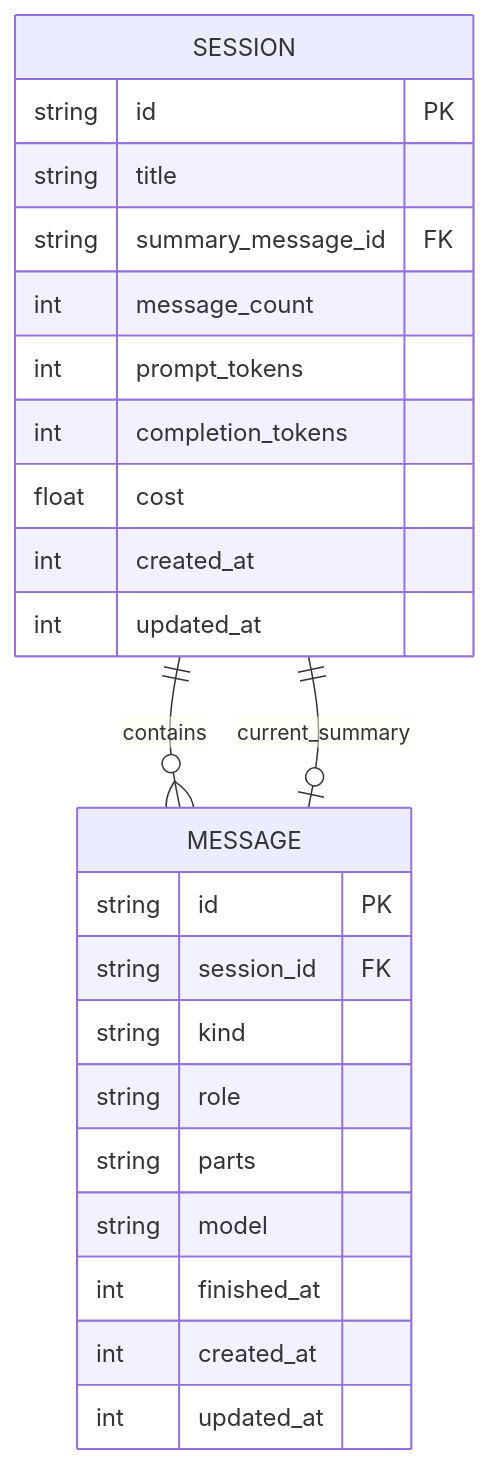
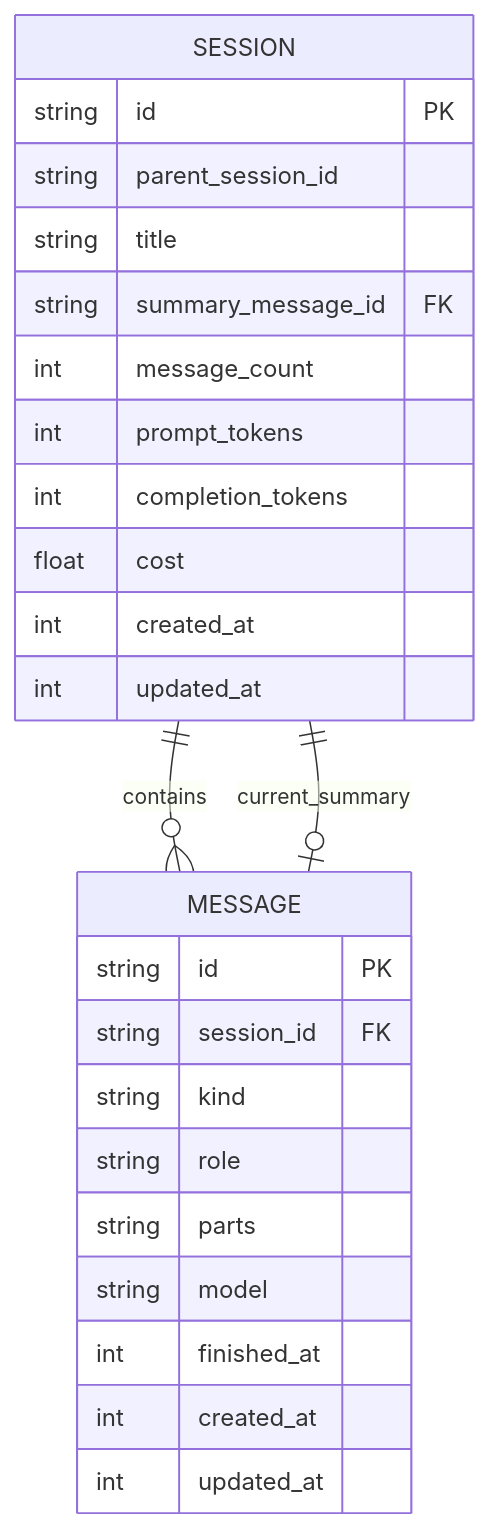
The fourth of 8 diagrams in docs/agent-current-issues.md (fengxiaozi-liu/AgentSdk), drawn with Mermaid before and after one commit. The commit also changed other lines of this file and 1 other file, not shown here.

````diff
--- a/docs/agent-current-issues.md
+++ b/docs/agent-current-issues.md
@@ -112,29 +136,30 @@
 ```mermaid
 erDiagram
     SESSION ||--o{ MESSAGE : contains
     SESSION ||--o| MESSAGE : current_summary
 
     SESSION {
         string id PK
+        string parent_session_id
         string title
         string summary_message_id FK
         int message_count
         int prompt_tokens
         int completion_tokens
         float cost
         int created_at
         int updated_at
     }
 
     MESSAGE {
         string id PK
         string session_id FK
         string kind
         string role
         string parts
         string model
         int finished_at
         int created_at
         int updated_at
     }
 ```
````
